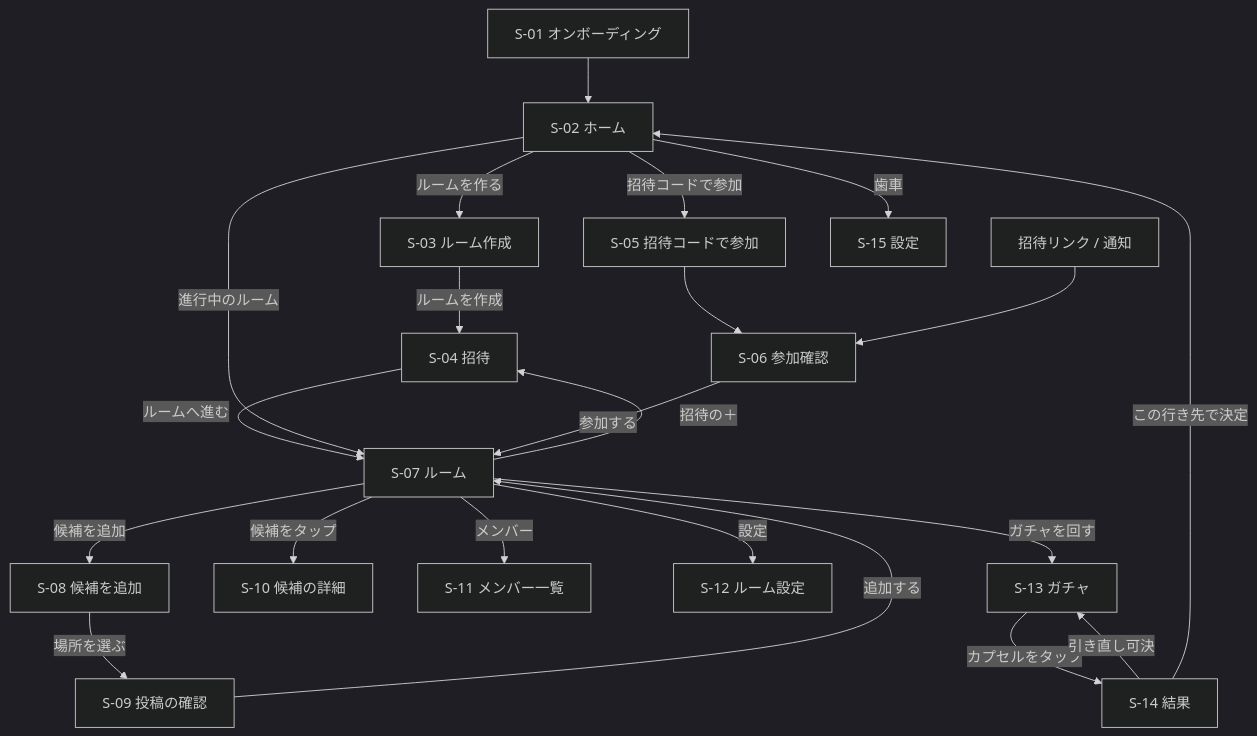
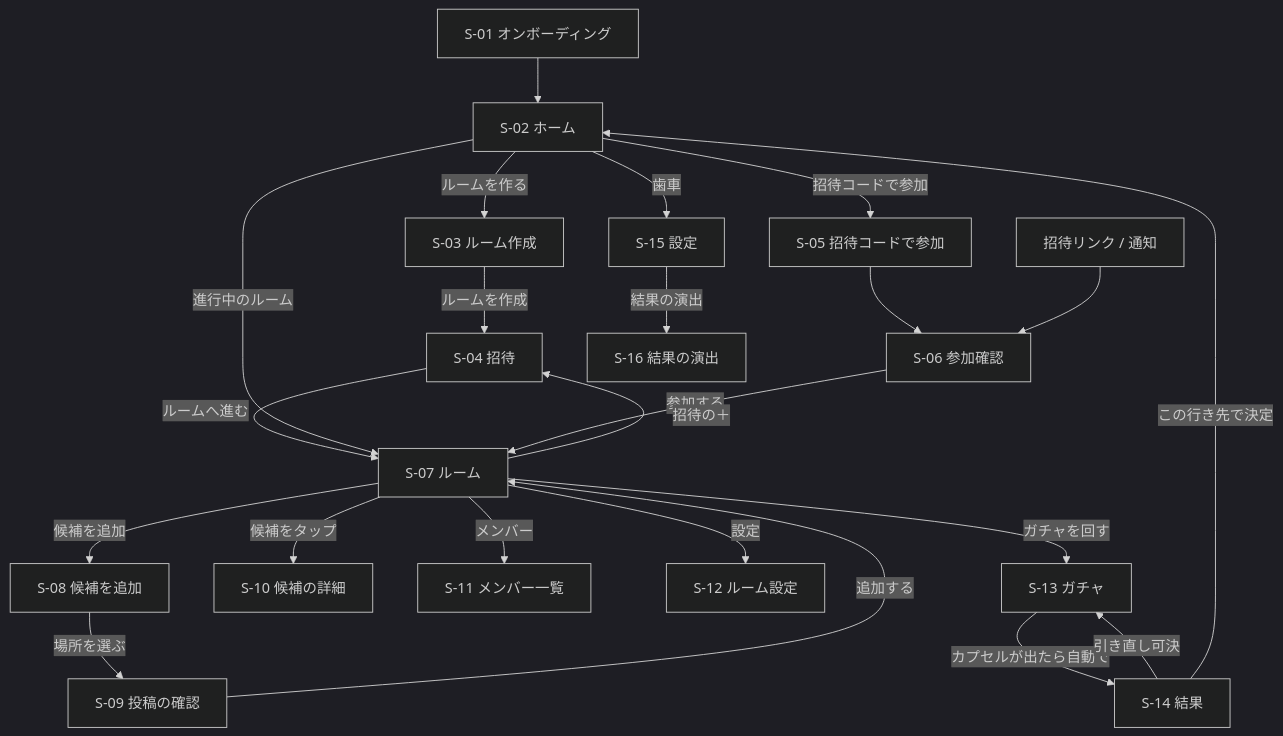
The diagram in docs/spec/03_screens.md (shariverse/dokogacha-app-ios), drawn with Mermaid (dark theme) before and after one commit. The commit also changed other lines of this file and 4 other files, not shown here.

````diff
--- a/docs/spec/03_screens.md
+++ b/docs/spec/03_screens.md
@@ -30,24 +31,25 @@
 ```mermaid
 flowchart TD
   S01[S-01 オンボーディング] --> S02[S-02 ホーム]
   S02 -->|ルームを作る| S03[S-03 ルーム作成]
   S03 -->|ルームを作成| S04[S-04 招待]
   S04 -->|ルームへ進む| S07[S-07 ルーム]
   S02 -->|進行中のルーム| S07
   S02 -->|招待コードで参加| S05[S-05 招待コードで参加]
   S05 --> S06[S-06 参加確認]
   UL[招待リンク / 通知] --> S06
   S06 -->|参加する| S07
   S07 -->|候補を追加| S08[S-08 候補を追加]
   S08 -->|場所を選ぶ| S09[S-09 投稿の確認]
   S09 -->|追加する| S07
   S07 -->|候補をタップ| S10[S-10 候補の詳細]
   S07 -->|メンバー| S11[S-11 メンバー一覧]
   S07 -->|招待の＋| S04
   S07 -->|設定| S12[S-12 ルーム設定]
   S07 -->|ガチャを回す| S13[S-13 ガチャ]
-  S13 -->|カプセルをタップ| S14[S-14 結果]
+  S13 -->|カプセルが出たら自動で| S14[S-14 結果]
   S14 -->|引き直し可決| S13
   S14 -->|この行き先で決定| S02
   S02 -->|歯車| S15[S-15 設定]
+  S15 -->|結果の演出| S16[S-16 結果の演出]
 ```
````
